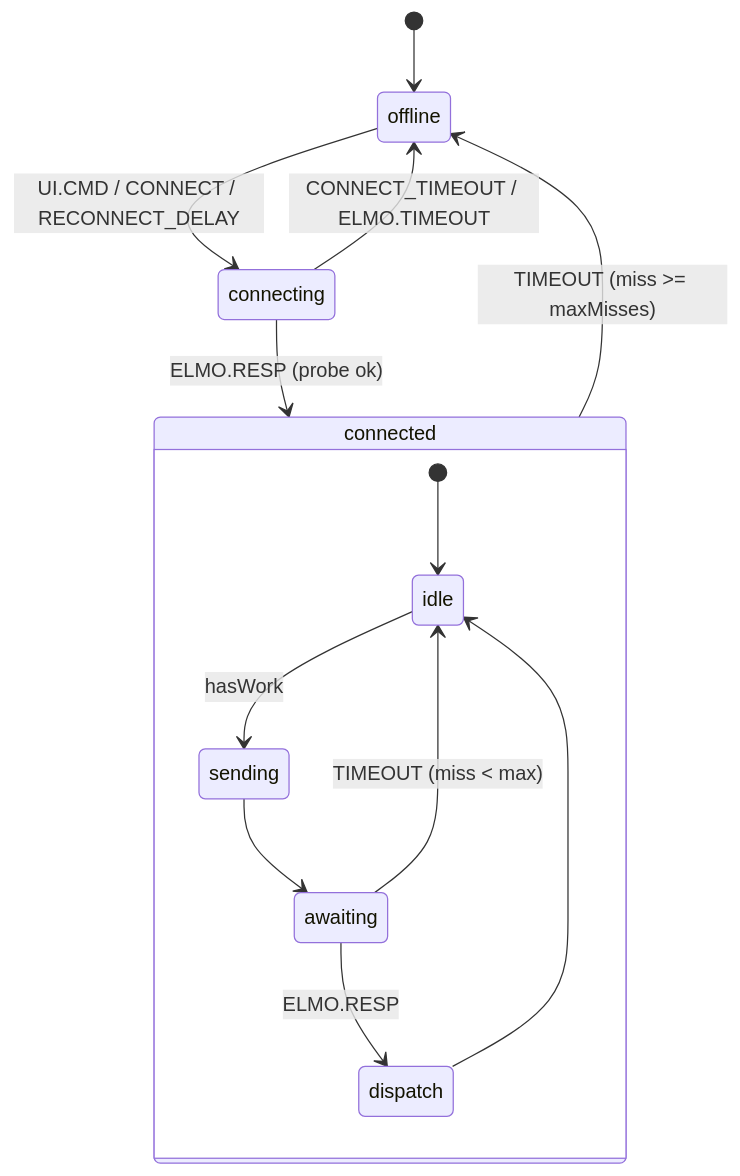
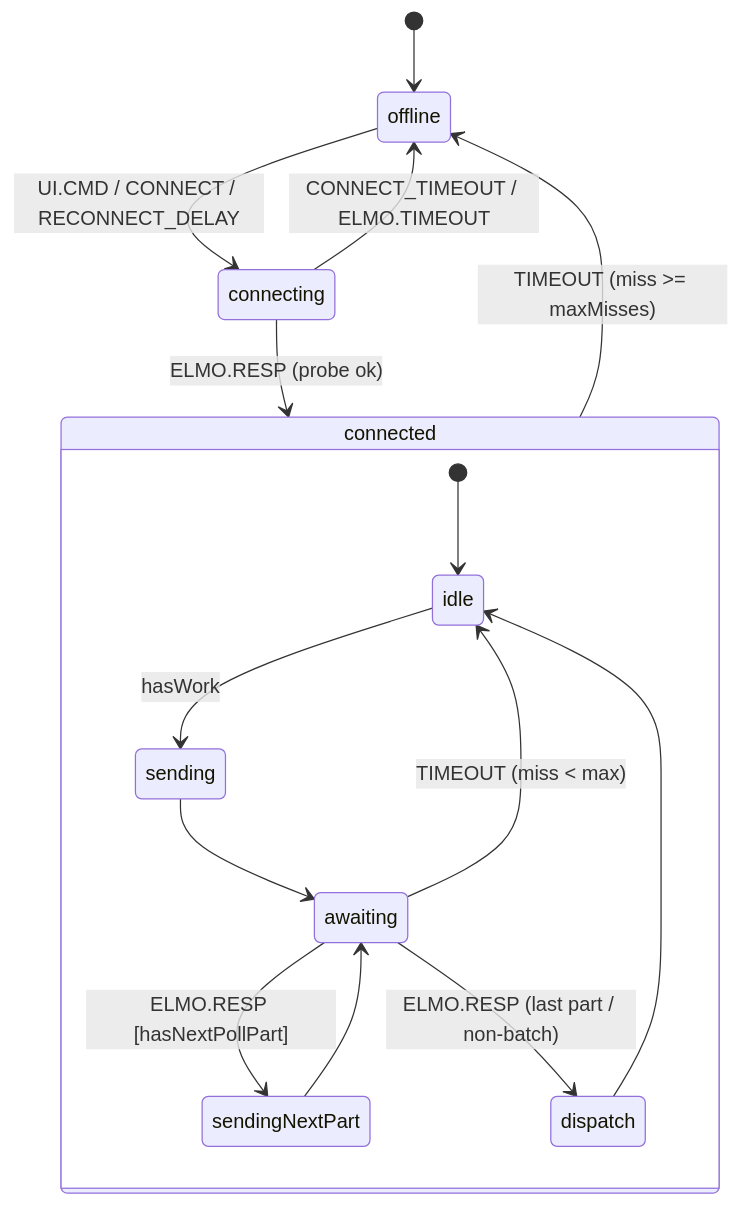
One commit to artem1myshkin/LowSpeedCentrifuge3 changed the diagram in docs/xstate-machine-architecture.md. Above: the diagram before and after it, drawn with Mermaid. The commit also changed other lines of this file and 6 other files, not shown here.

````diff
--- a/docs/xstate-machine-architecture.md
+++ b/docs/xstate-machine-architecture.md
@@ -100,16 +102,18 @@
 ```mermaid
 stateDiagram-v2
   [*] --> offline
   offline --> connecting: UI.CMD / CONNECT / RECONNECT_DELAY
   connecting --> connected: ELMO.RESP (probe ok)
   connecting --> offline: CONNECT_TIMEOUT / ELMO.TIMEOUT
   state connected {
     [*] --> idle
     idle --> sending: hasWork
     sending --> awaiting
-    awaiting --> dispatch: ELMO.RESP
+    awaiting --> sendingNextPart: ELMO.RESP [hasNextPollPart]
+    sendingNextPart --> awaiting
+    awaiting --> dispatch: ELMO.RESP (last part / non-batch)
     dispatch --> idle
     awaiting --> idle: TIMEOUT (miss < max)
   }
   connected --> offline: TIMEOUT (miss >= maxMisses)
 ```
````
